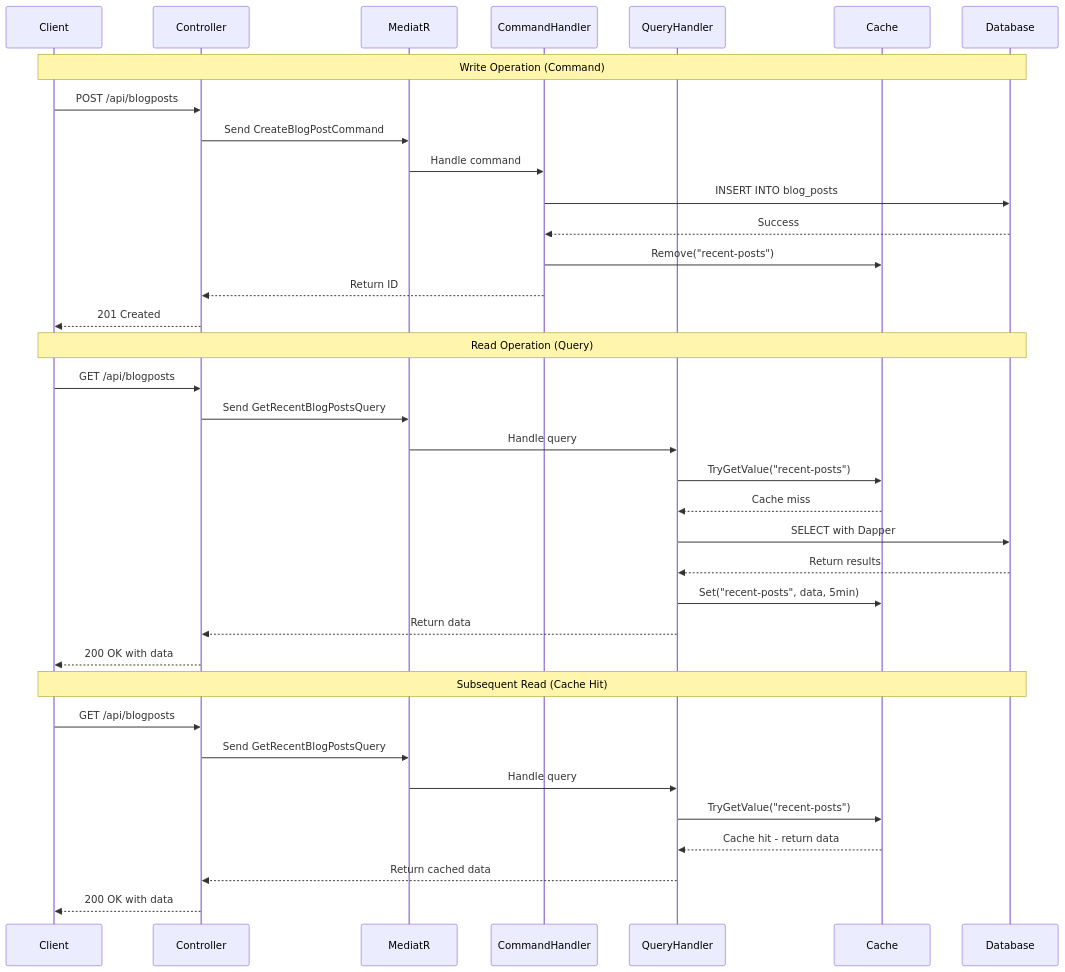
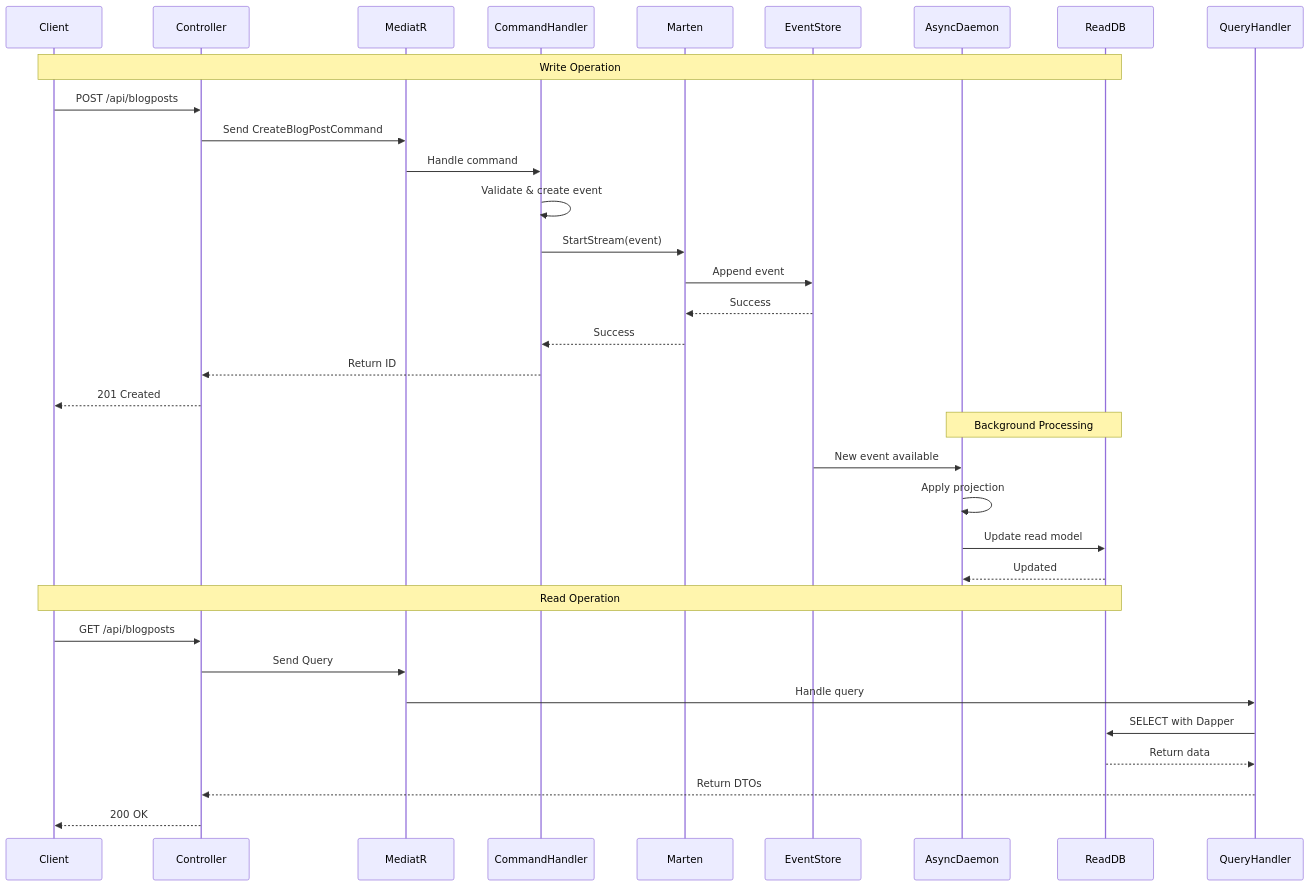
Before and after one commit to Shaddix/mostlylucidweb: the second of 2 diagrams in Mostlylucid/Markdown/moderncqrsandeventsourcing.md, drawn with Mermaid. The commit also changed other lines of this file, not shown here.

First line of the commit message:
feat: complete CQRS and Event Sourcing article with all three approaches

````diff
--- a/Mostlylucid/Markdown/moderncqrsandeventsourcing.md
+++ b/Mostlylucid/Markdown/moderncqrsandeventsourcing.md
@@ -774,42 +707,39 @@
 ```mermaid
 sequenceDiagram
     participant Client
     participant Controller
     participant MediatR
     participant CommandHandler
+    participant Marten
+    participant EventStore
+    participant AsyncDaemon
+    participant ReadDB
     participant QueryHandler
-    participant Cache
-    participant Database
 
-    Note over Client,Database: Write Operation (Command)
+    Note over Client,ReadDB: Write Operation
     Client->>Controller: POST /api/blogposts
     Controller->>MediatR: Send CreateBlogPostCommand
     MediatR->>CommandHandler: Handle command
-    CommandHandler->>Database: INSERT INTO blog_posts
-    Database-->>CommandHandler: Success
-    CommandHandler->>Cache: Remove("recent-posts")
+    CommandHandler->>CommandHandler: Validate & create event
+    CommandHandler->>Marten: StartStream(event)
+    Marten->>EventStore: Append event
+    EventStore-->>Marten: Success
+    Marten-->>CommandHandler: Success
     CommandHandler-->>Controller: Return ID
     Controller-->>Client: 201 Created
 
-    Note over Client,Database: Read Operation (Query)
+    Note over AsyncDaemon,ReadDB: Background Processing
+    EventStore->>AsyncDaemon: New event available
+    AsyncDaemon->>AsyncDaemon: Apply projection
+    AsyncDaemon->>ReadDB: Update read model
+    ReadDB-->>AsyncDaemon: Updated
+
+    Note over Client,ReadDB: Read Operation
     Client->>Controller: GET /api/blogposts
-    Controller->>MediatR: Send GetRecentBlogPostsQuery
+    Controller->>MediatR: Send Query
     MediatR->>QueryHandler: Handle query
-    QueryHandler->>Cache: TryGetValue("recent-posts")
-    Cache-->>QueryHandler: Cache miss
-
-    QueryHandler->>Database: SELECT with Dapper
-    Database-->>QueryHandler: Return results
-    QueryHandler->>Cache: Set("recent-posts", data, 5min)
-    QueryHandler-->>Controller: Return data
-    Controller-->>Client: 200 OK with data
-
-    Note over Client,Database: Subsequent Read (Cache Hit)
-    Client->>Controller: GET /api/blogposts
-    Controller->>MediatR: Send GetRecentBlogPostsQuery
-    MediatR->>QueryHandler: Handle query
-    QueryHandler->>Cache: TryGetValue("recent-posts")
-    Cache-->>QueryHandler: Cache hit - return data
-    QueryHandler-->>Controller: Return cached data
-    Controller-->>Client: 200 OK with data
+    QueryHandler->>ReadDB: SELECT with Dapper
+    ReadDB-->>QueryHandler: Return data
+    QueryHandler-->>Controller: Return DTOs
+    Controller-->>Client: 200 OK
 ```
````
